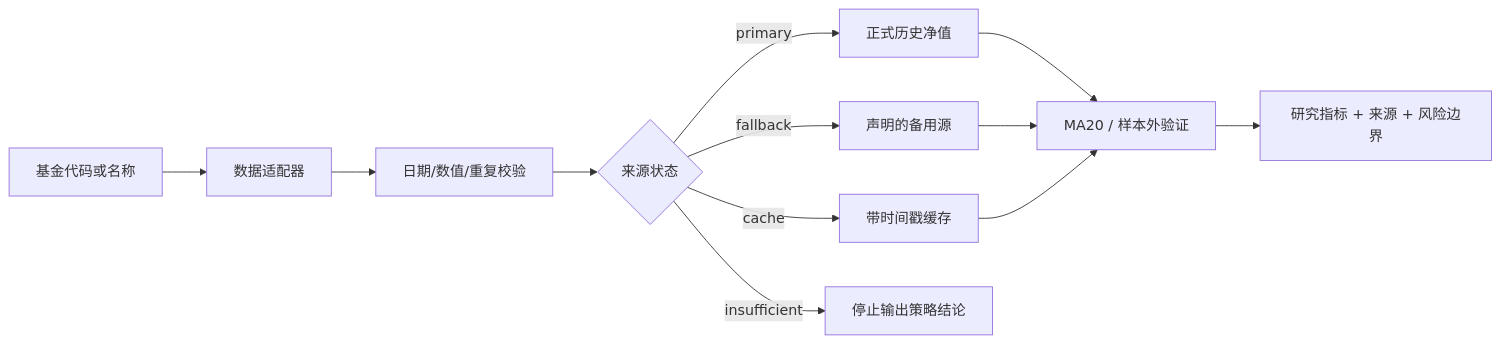
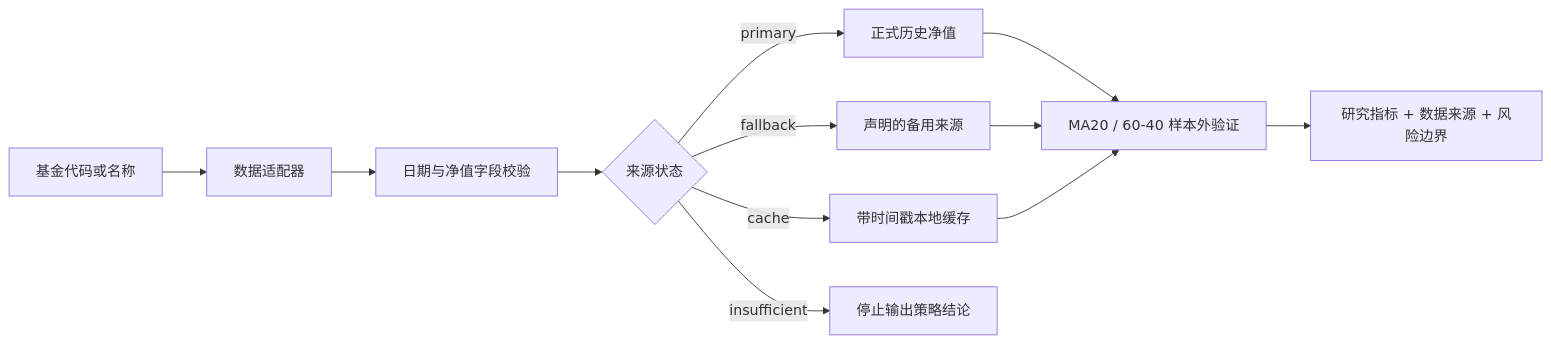
Before and after one commit to yangziwen112/yangziwen112-jushi-fund-research-open: the diagram in README.md, drawn with Mermaid. The commit also changed other lines of this file, not shown here.

````diff
--- a/README.md
+++ b/README.md
@@ -40,14 +106,14 @@
 ```mermaid
 flowchart LR
     A[基金代码或名称] --> B[数据适配器]
-    B --> C[日期/数值/重复校验]
+    B --> C[日期与净值字段校验]
     C --> D{来源状态}
     D -->|primary| E[正式历史净值]
-    D -->|fallback| F[声明的备用源]
-    D -->|cache| G[带时间戳缓存]
+    D -->|fallback| F[声明的备用来源]
+    D -->|cache| G[带时间戳本地缓存]
     D -->|insufficient| H[停止输出策略结论]
-    E --> I[MA20 / 样本外验证]
+    E --> I[MA20 / 60-40 样本外验证]
     F --> I
     G --> I
-    I --> J[研究指标 + 来源 + 风险边界]
+    I --> J[研究指标 + 数据来源 + 风险边界]
 ```
````
